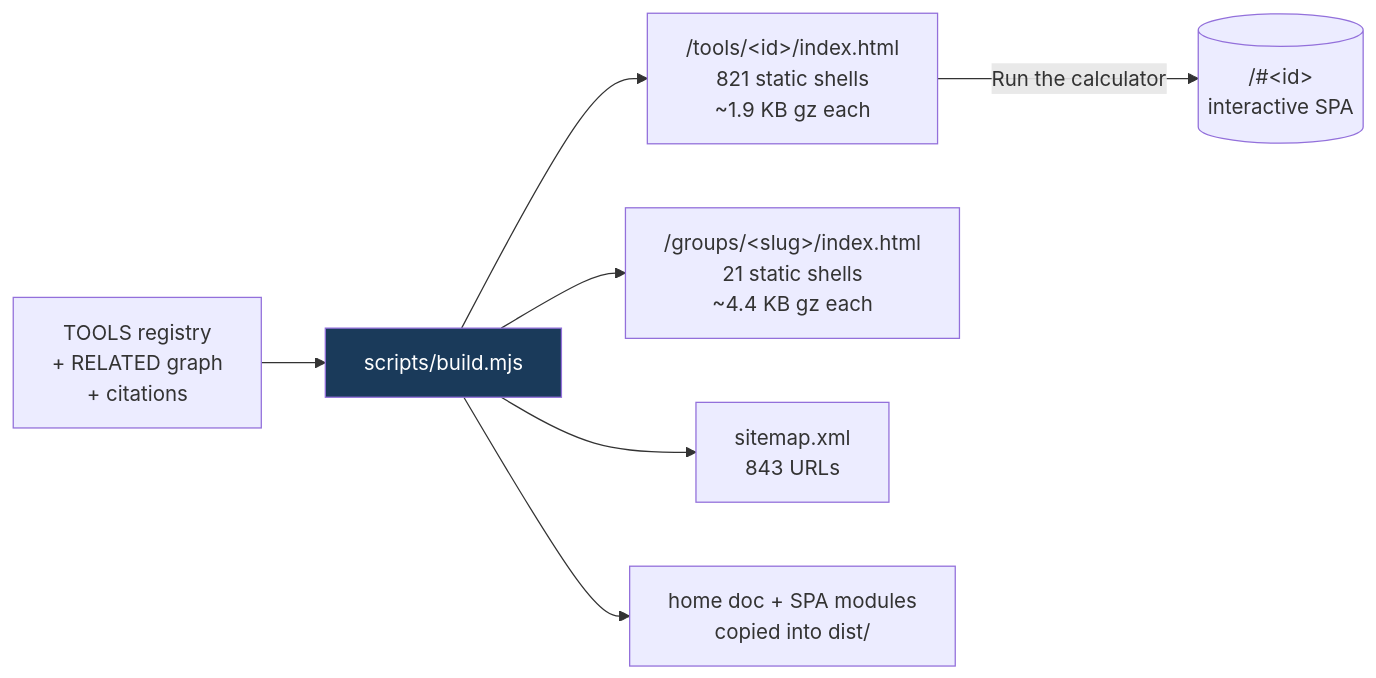
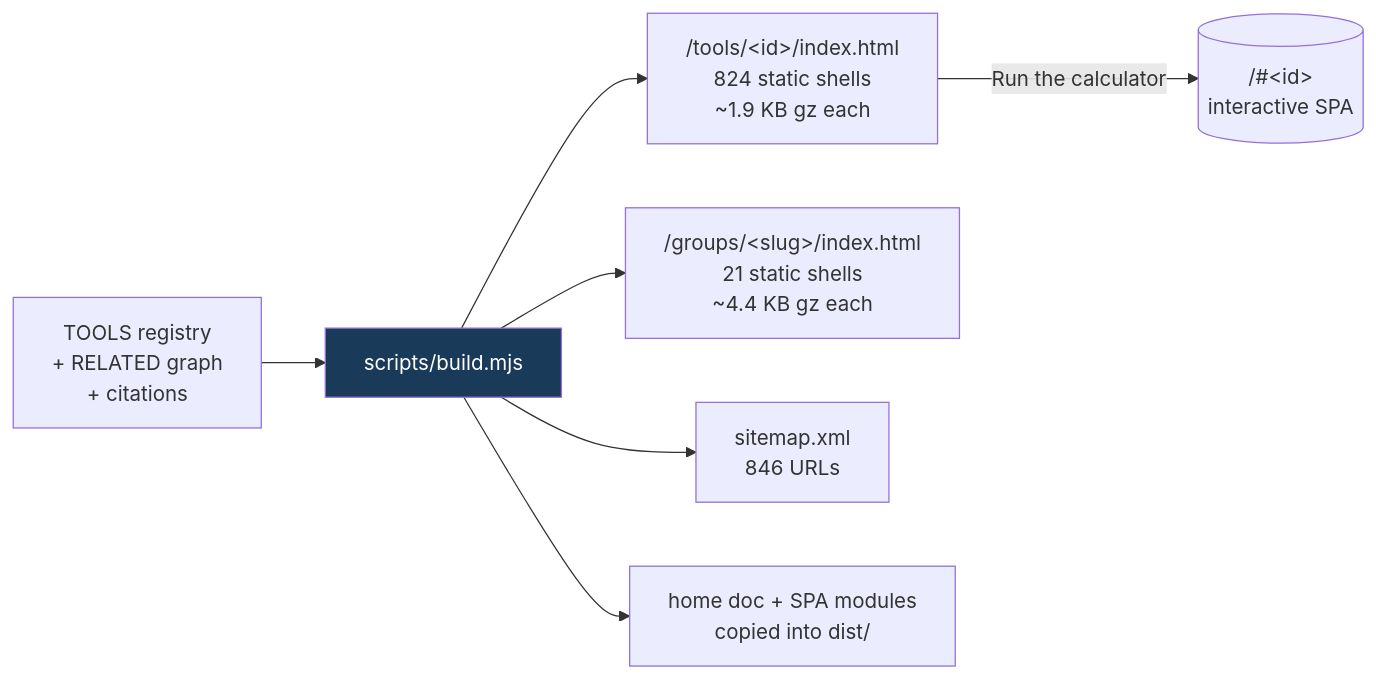
One commit to clay-good/roughlogic.com changed the fifth of 8 diagrams in README.md. Above: the diagram before and after it, drawn with Mermaid. The commit also changed other lines of this file and 19 other files, not shown here.

````diff
--- a/README.md
+++ b/README.md
@@ -495,10 +495,10 @@
 ```mermaid
 flowchart LR
     SRC[TOOLS registry\n+ RELATED graph\n+ citations] --> BUILD[scripts/build.mjs]
-    BUILD --> TILE["/tools/&lt;id&gt;/index.html\n821 static shells\n~1.9 KB gz each"]
+    BUILD --> TILE["/tools/&lt;id&gt;/index.html\n824 static shells\n~1.9 KB gz each"]
     BUILD --> GROUP["/groups/&lt;slug&gt;/index.html\n21 static shells\n~4.4 KB gz each"]
-    BUILD --> MAP["sitemap.xml\n843 URLs"]
+    BUILD --> MAP["sitemap.xml\n846 URLs"]
     BUILD --> COPY[home doc + SPA modules\ncopied into dist/]
     TILE -->|Run the calculator| SPA[("/#&lt;id&gt;\ninteractive SPA")]
     style BUILD fill:#1a3a5a,color:#fff
 ```
````
